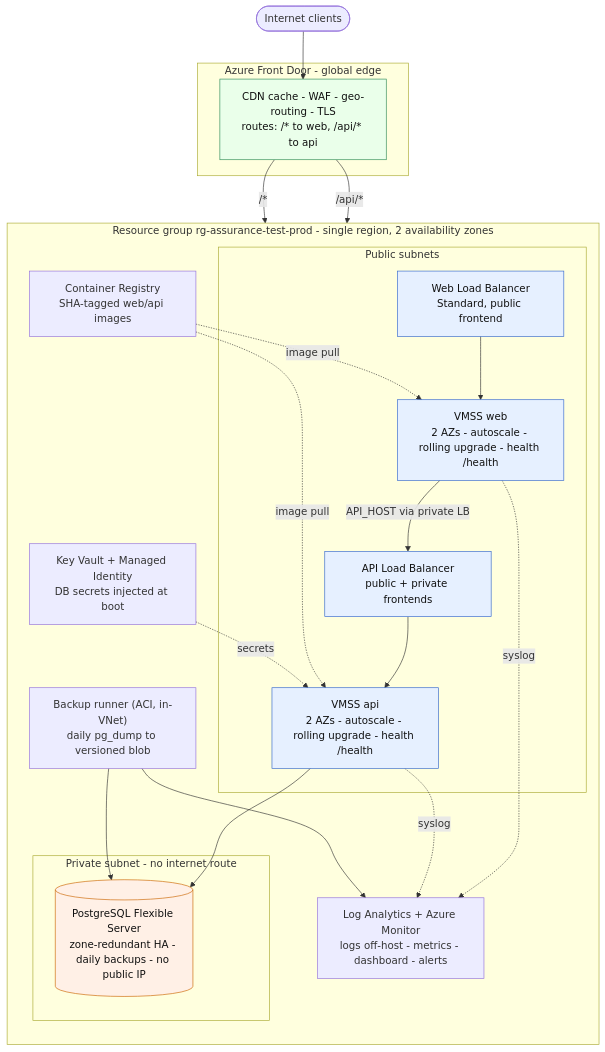
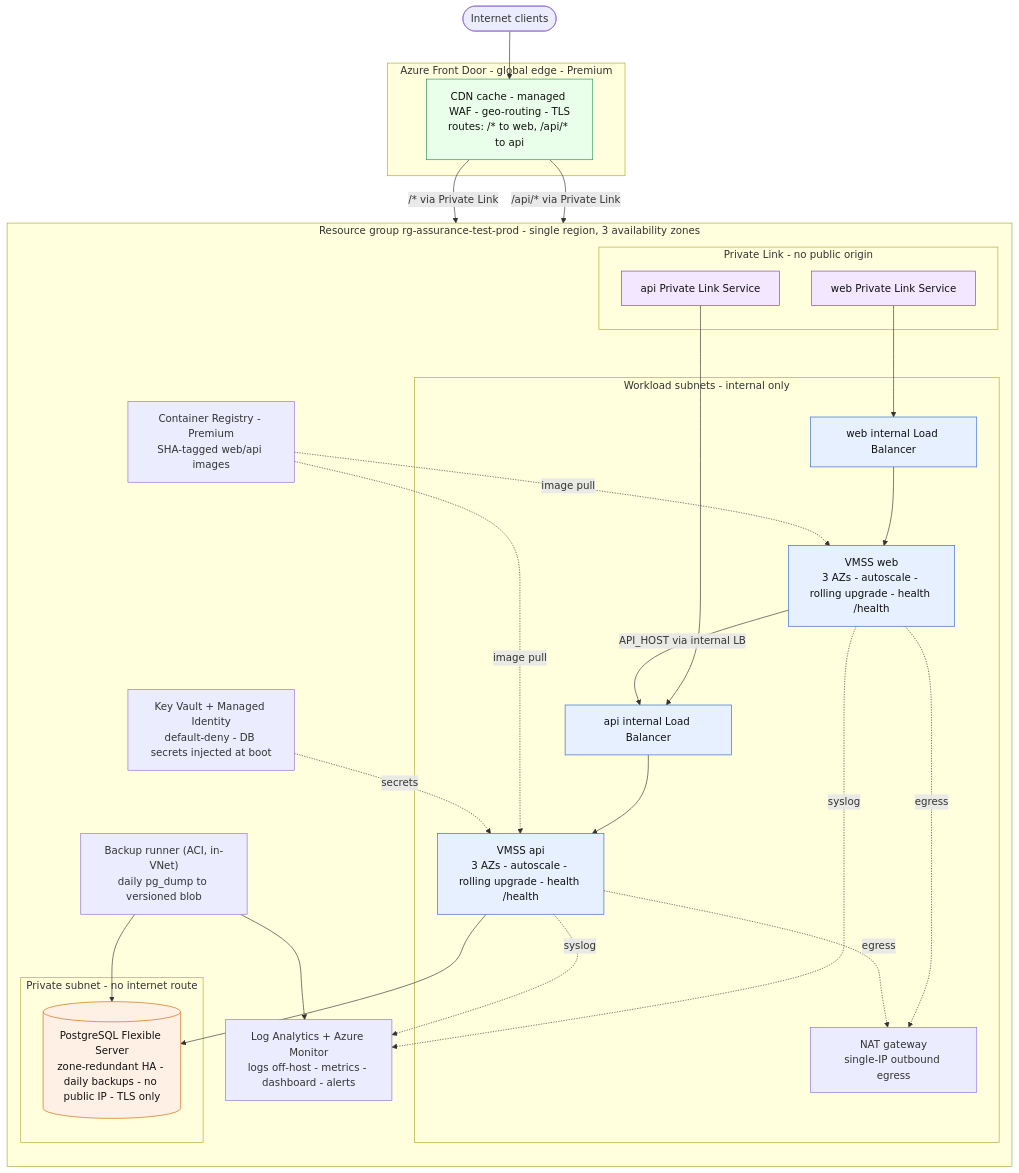
The diagram in diagram/architecture.mmd (r0o0tx/assurance-test), drawn with Mermaid before and after one commit. The commit also changed 15 other files, not shown here.

First line of the commit message:
Document the private-link architecture and refresh diagrams

```diff
--- a/diagram/architecture.mmd
+++ b/diagram/architecture.mmd
@@ -1,48 +1,58 @@
 flowchart TB
   client([Internet clients])
 
-  subgraph EDGE[Azure Front Door - global edge]
-    fd["CDN cache - WAF - geo-routing - TLS<br/>routes: /* to web, /api/* to api"]
+  subgraph EDGE[Azure Front Door - global edge - Premium]
+    fd["CDN cache - managed WAF - geo-routing - TLS<br/>routes: /* to web, /api/* to api"]
   end
 
   client --> fd
 
-  subgraph RG[Resource group rg-assurance-test-prod - single region, 2 availability zones]
+  subgraph RG[Resource group rg-assurance-test-prod - single region, 3 availability zones]
     direction TB
 
-    subgraph PUB[Public subnets]
-      weblb["Web Load Balancer<br/>Standard, public frontend"]
-      apilb["API Load Balancer<br/>public + private frontends"]
-      webvmss["VMSS web<br/>2 AZs - autoscale - rolling upgrade - health /health"]
-      apivmss["VMSS api<br/>2 AZs - autoscale - rolling upgrade - health /health"]
+    subgraph PLS[Private Link - no public origin]
+      webpls["web Private Link Service"]
+      apipls["api Private Link Service"]
+    end
+
+    subgraph WORK[Workload subnets - internal only]
+      weblb["web internal Load Balancer"]
+      apilb["api internal Load Balancer"]
+      webvmss["VMSS web<br/>3 AZs - autoscale - rolling upgrade - health /health"]
+      apivmss["VMSS api<br/>3 AZs - autoscale - rolling upgrade - health /health"]
+      nat["NAT gateway<br/>single-IP outbound egress"]
     end
 
     subgraph PRIV[Private subnet - no internet route]
-      db[("PostgreSQL Flexible Server<br/>zone-redundant HA - daily backups - no public IP")]
+      db[("PostgreSQL Flexible Server<br/>zone-redundant HA - daily backups - no public IP - TLS only")]
     end
 
-    kv["Key Vault + Managed Identity<br/>DB secrets injected at boot"]
-    acr["Container Registry<br/>SHA-tagged web/api images"]
+    kv["Key Vault + Managed Identity<br/>default-deny - DB secrets injected at boot"]
+    acr["Container Registry - Premium<br/>SHA-tagged web/api images"]
     law["Log Analytics + Azure Monitor<br/>logs off-host - metrics - dashboard - alerts"]
     bkp["Backup runner (ACI, in-VNet)<br/>daily pg_dump to versioned blob"]
   end
 
-  fd -->|"/*"| weblb --> webvmss
-  fd -->|"/api/*"| apilb --> apivmss
-  webvmss -->|"API_HOST via private LB"| apilb
+  fd -->|"/* via Private Link"| webpls --> weblb --> webvmss
+  fd -->|"/api/* via Private Link"| apipls --> apilb --> apivmss
+  webvmss -->|"API_HOST via internal LB"| apilb
   apivmss --> db
 
+  webvmss -. egress .-> nat
+  apivmss -. egress .-> nat
   acr -. image pull .-> webvmss
   acr -. image pull .-> apivmss
   kv -. secrets .-> apivmss
   webvmss -. syslog .-> law
   apivmss -. syslog .-> law
   bkp --> db
   bkp --> law
 
   classDef tier fill:#e6f0ff,stroke:#3366cc,color:#111;
   classDef data fill:#fff0e6,stroke:#cc6600,color:#111;
   classDef edge fill:#eaffea,stroke:#2e8b57,color:#111;
+  classDef pl fill:#f3e6ff,stroke:#7a3fbf,color:#111;
   class weblb,apilb,webvmss,apivmss tier;
   class db data;
   class fd edge;
+  class webpls,apipls pl;
```
